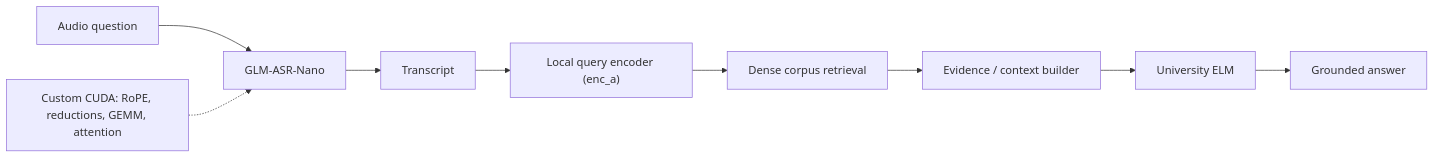
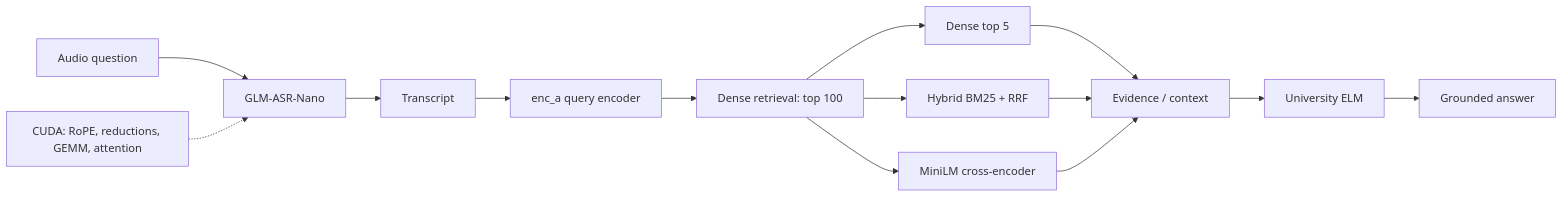
Before and after one commit to DwayneNixon/MLS-RAG-Extensions: the diagram in README.md, drawn with Mermaid. The commit also changed other lines of this file, not shown here.

Commit message:
Document completed CUDA ASR and RAG reranking experiments

````diff
--- a/README.md
+++ b/README.md
@@ -13,11 +13,16 @@
 ```mermaid
 flowchart LR
     A["Audio question"] --> B["GLM-ASR-Nano"]
     B --> C["Transcript"]
-    C --> D["Local query encoder (enc_a)"]
-    D --> E["Dense corpus retrieval"]
-    E --> F["Evidence / context builder"]
-    F --> G["University ELM"]
-    G --> H["Grounded answer"]
-    K["Custom CUDA: RoPE, reductions, GEMM, attention"] -.-> B
+    C --> D["enc_a query encoder"]
+    D --> E["Dense retrieval: top 100"]
+    E --> F["Dense top 5"]
+    E --> G["Hybrid BM25 + RRF"]
+    E --> H["MiniLM cross-encoder"]
+    F --> I["Evidence / context"]
+    G --> I
+    H --> I
+    I --> J["University ELM"]
+    J --> K["Grounded answer"]
+    L["CUDA: RoPE, reductions, GEMM, attention"] -.-> B
 ```
````
